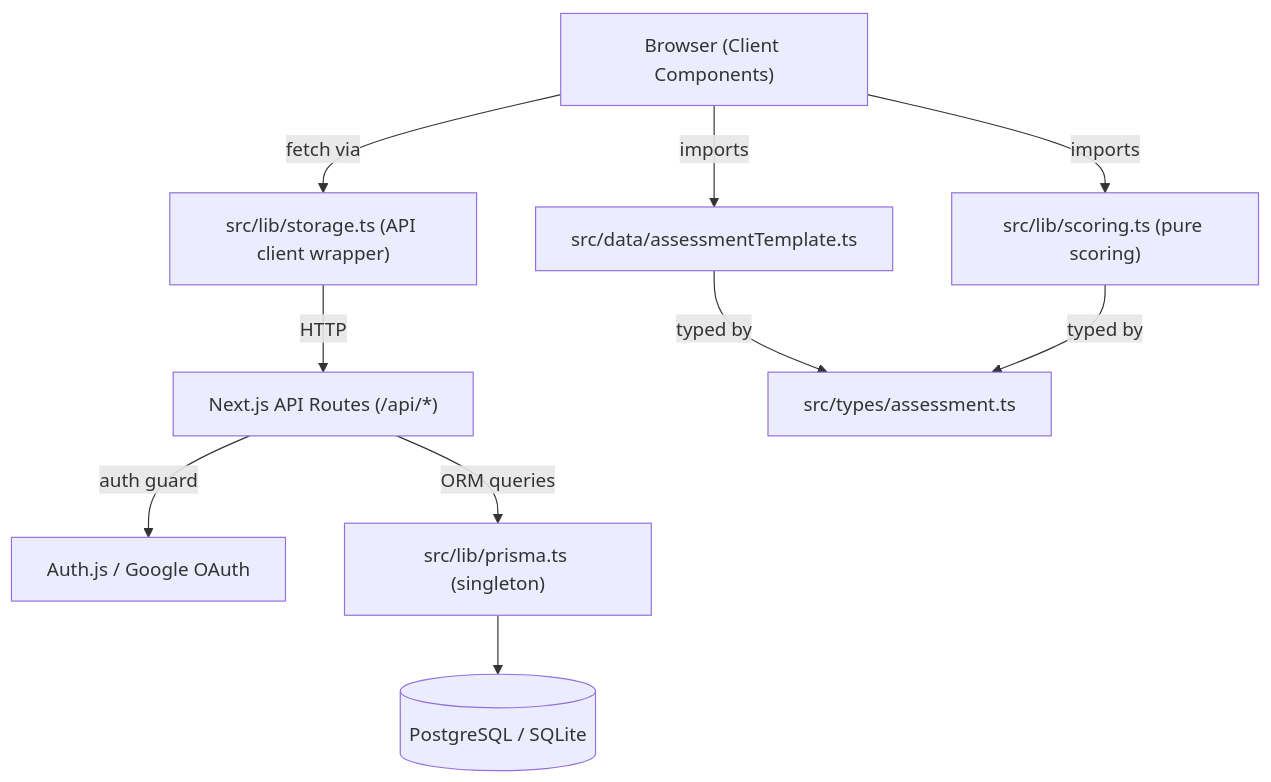
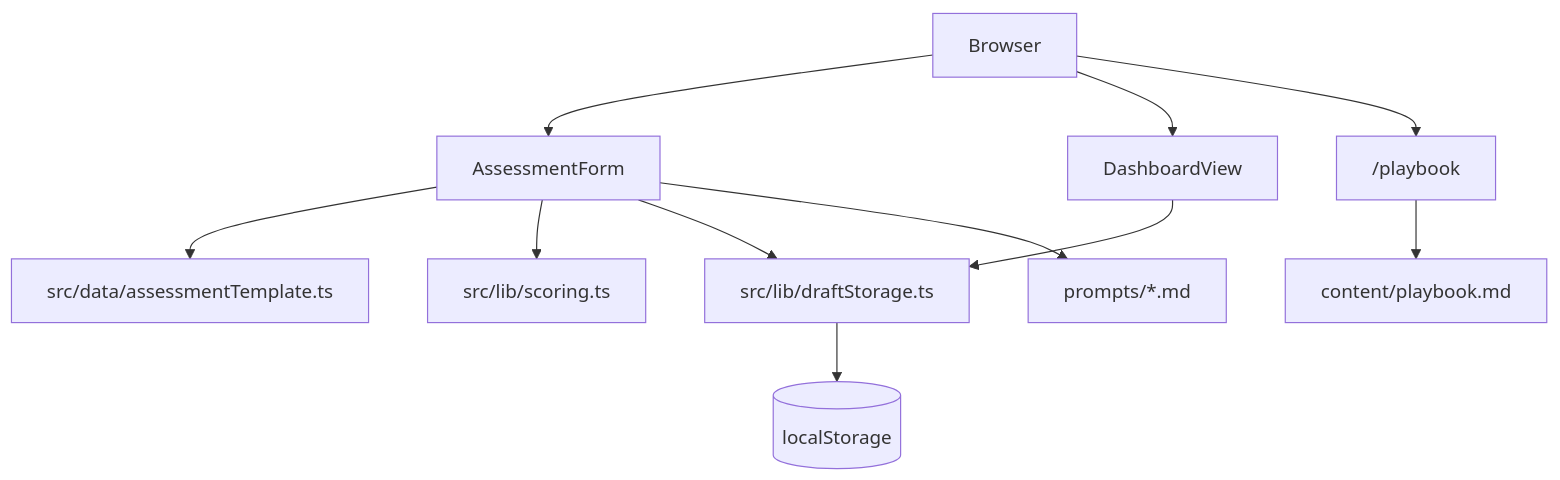
The diagram in TECHNICAL.md (wizeline/swe-coe-best-practices), drawn with Mermaid before and after one commit. The commit also changed other lines of this file and 11 other files, not shown here.

````diff
--- a/TECHNICAL.md
+++ b/TECHNICAL.md
@@ -126,22 +9,24 @@
 ```mermaid
 graph TD
-    Browser["Browser (Client Components)"]
-    Auth["Auth.js / Google OAuth"]
-    API["Next.js API Routes (/api/*)"]
-    Storage["src/lib/storage.ts (API client wrapper)"]
-    Scoring["src/lib/scoring.ts (pure scoring)"]
-    Prisma["src/lib/prisma.ts (singleton)"]
-    DB[("PostgreSQL / SQLite")]
+    Browser["Browser"]
+    Assessment["AssessmentForm"]
+    Dashboard["DashboardView"]
+    Playbook["/playbook"]
     Template["src/data/assessmentTemplate.ts"]
-    Types["src/types/assessment.ts"]
+    Scoring["src/lib/scoring.ts"]
+    DraftStorage["src/lib/draftStorage.ts"]
+    Markdown["content/playbook.md"]
+    Prompts["prompts/*.md"]
+    LocalStorage[("localStorage")]
 
-    Browser -- "fetch via" --> Storage
-    Storage -- "HTTP" --> API
-    API -- "auth guard" --> Auth
-    API -- "ORM queries" --> Prisma
-    Prisma --> DB
-    Browser -- "imports" --> Template
-    Browser -- "imports" --> Scoring
-    Template -- "typed by" --> Types
-    Scoring -- "typed by" --> Types
+    Browser --> Assessment
+    Browser --> Dashboard
+    Browser --> Playbook
+    Assessment --> Template
+    Assessment --> Scoring
+    Assessment --> DraftStorage
+    Dashboard --> DraftStorage
+    DraftStorage --> LocalStorage
+    Playbook --> Markdown
+    Assessment --> Prompts
 ```
````
